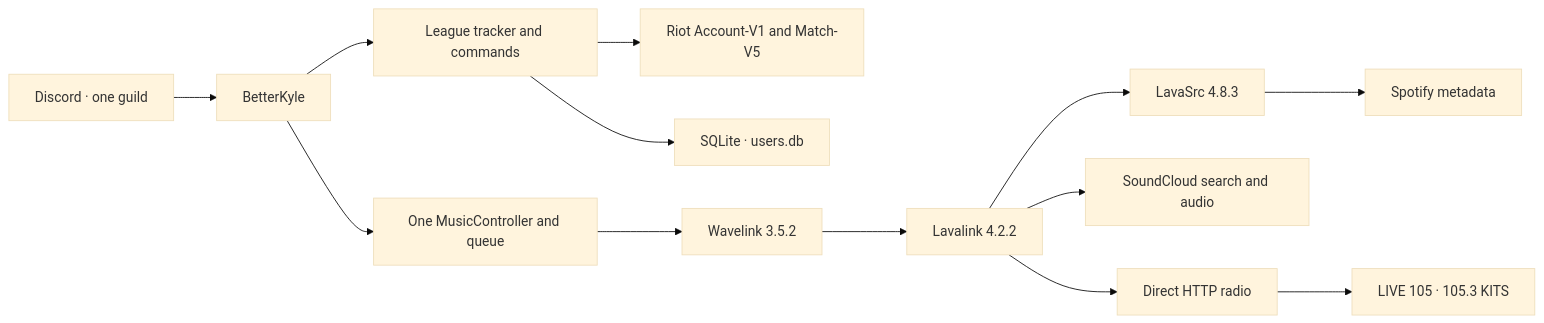
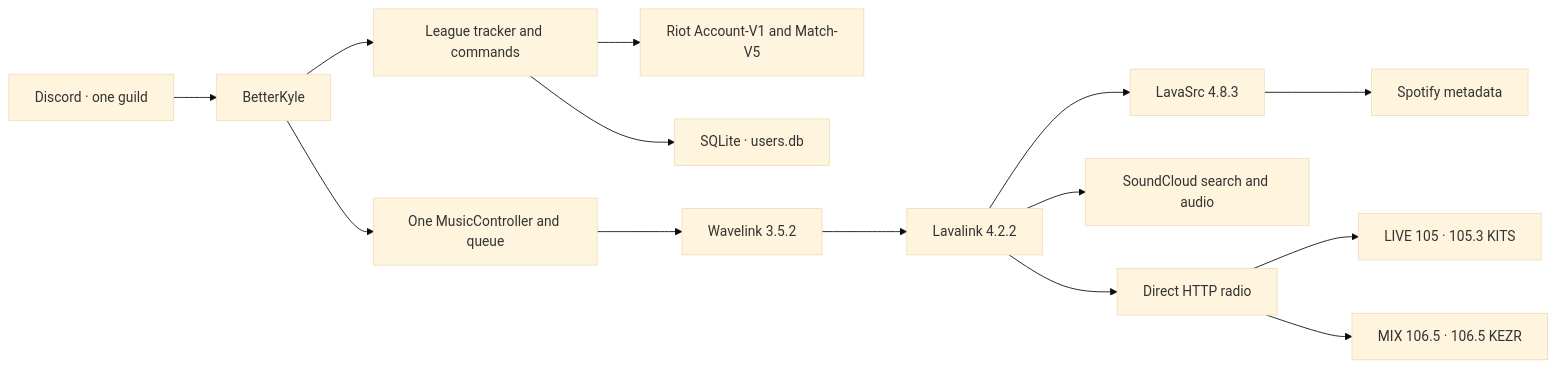
One commit to EddyM30/BetterKyle changed the diagram in README.md. Above: the diagram before and after it, drawn with Mermaid (base theme). The commit also changed other lines of this file and 5 other files, not shown here.

Commit message:
Add Bay Area Mix 106.5 radio station

````diff
--- a/README.md
+++ b/README.md
@@ -52,15 +54,16 @@
 ```mermaid
 flowchart LR
     Discord["Discord · one guild"] --> Bot["BetterKyle"]
     Bot --> League["League tracker and commands"]
     League --> Riot["Riot Account-V1 and Match-V5"]
     League --> SQLite["SQLite · users.db"]
     Bot --> Music["One MusicController and queue"]
     Music --> Wavelink["Wavelink 3.5.2"]
     Wavelink --> Lavalink["Lavalink 4.2.2"]
     Lavalink --> LavaSrc["LavaSrc 4.8.3"]
     LavaSrc --> Spotify["Spotify metadata"]
     Lavalink --> SoundCloud["SoundCloud search and audio"]
     Lavalink --> Radio["Direct HTTP radio"]
     Radio --> Live105["LIVE 105 · 105.3 KITS"]
+    Radio --> Mix1065["MIX 106.5 · 106.5 KEZR"]
 ```
````
